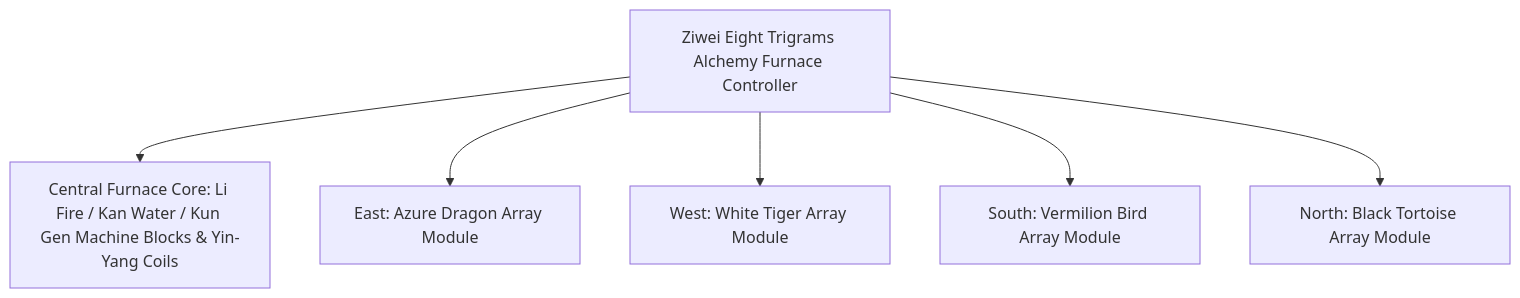
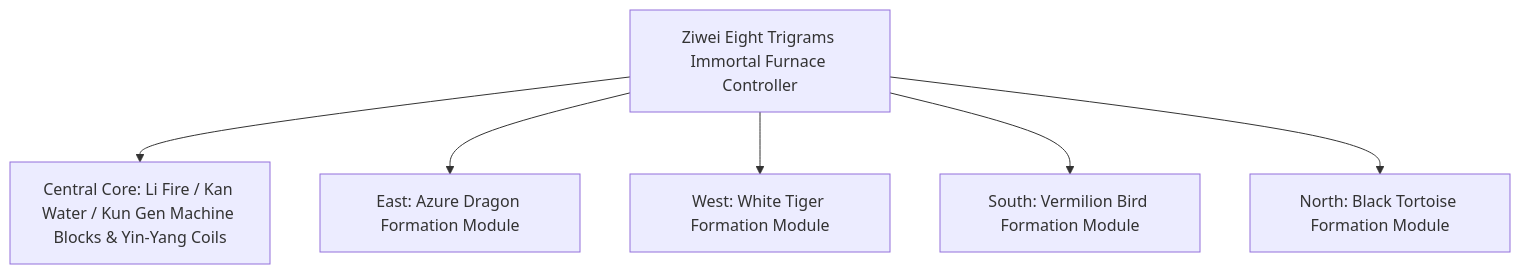
One commit to takanashisatou/GregtechEasy changed the diagram in docs/en/gtecore/yin-yang-and-four-symbols.md. Above: the diagram before and after it, drawn with Mermaid. The commit also changed other lines of this file and 138 other files, not shown here.

````diff
--- a/docs/en/gtecore/yin-yang-and-four-symbols.md
+++ b/docs/en/gtecore/yin-yang-and-four-symbols.md
@@ -11,8 +11,8 @@
 ```mermaid
 graph TD
-    A[Ziwei Eight Trigrams Alchemy Furnace Controller] --> B[Central Furnace Core: Li Fire / Kan Water / Kun Gen Machine Blocks & Yin-Yang Coils]
-    A --> C[East: Azure Dragon Array Module]
-    A --> D[West: White Tiger Array Module]
-    A --> E[South: Vermilion Bird Array Module]
-    A --> F[North: Black Tortoise Array Module]
+    A[Ziwei Eight Trigrams Immortal Furnace Controller] --> B[Central Core: Li Fire / Kan Water / Kun Gen Machine Blocks & Yin-Yang Coils]
+    A --> C[East: Azure Dragon Formation Module]
+    A --> D[West: White Tiger Formation Module]
+    A --> E[South: Vermilion Bird Formation Module]
+    A --> F[North: Black Tortoise Formation Module]
 ```
````
